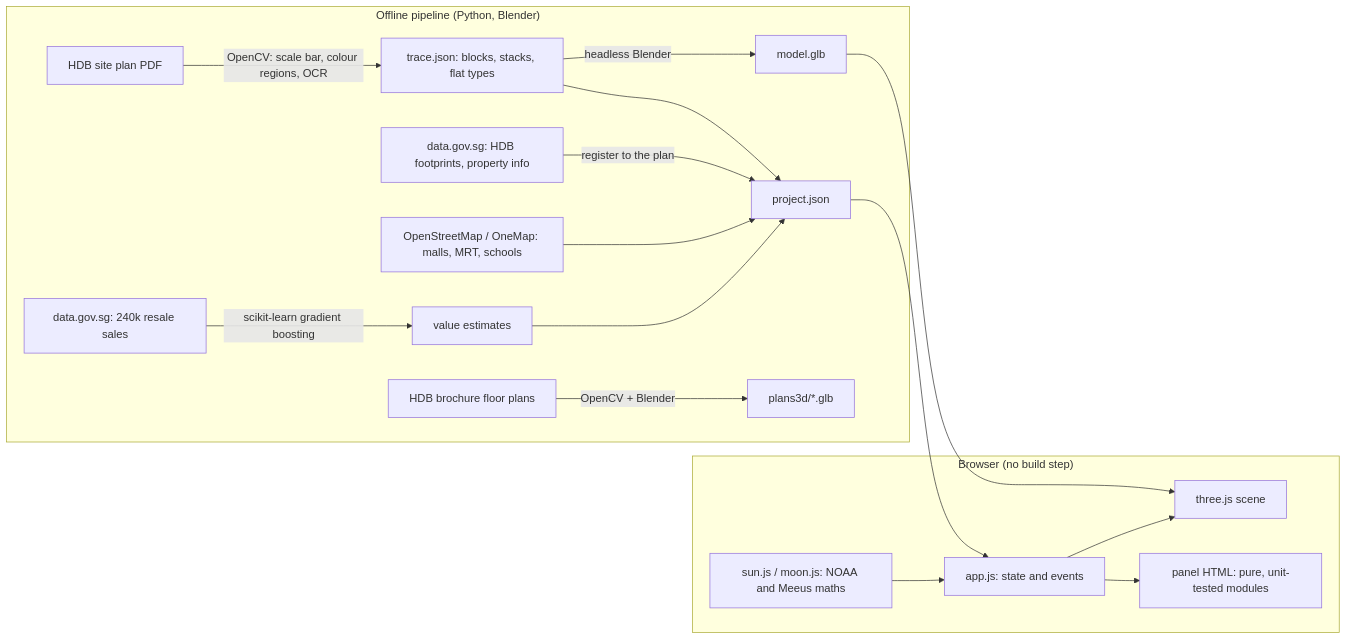
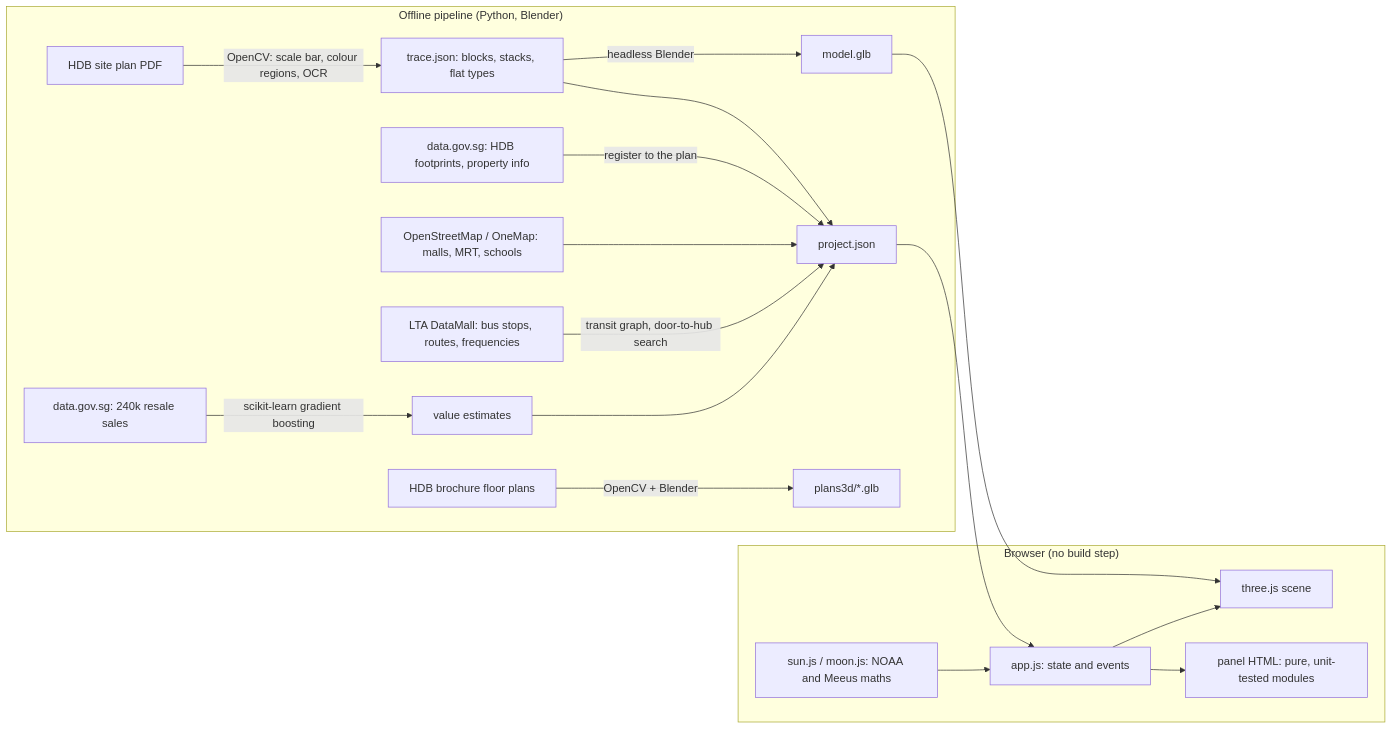
One commit to Perryong/singapore-housing-lab changed the diagram in README.md. Above: the diagram before and after it, drawn with Mermaid. The commit also changed other lines of this file and 77 other files, not shown here.

First line of the commit message:
feat: Commute tab with hub times, reach map, bus routes and MRT detail

````diff
--- a/README.md
+++ b/README.md
@@ -26,20 +26,21 @@
 ```mermaid
 flowchart LR
   subgraph Offline["Offline pipeline (Python, Blender)"]
     A[HDB site plan PDF] -->|OpenCV: scale bar, colour regions, OCR| B[trace.json: blocks, stacks, flat types]
     B --> C[project.json]
     D[data.gov.sg: HDB footprints, property info] -->|register to the plan| C
     E[OpenStreetMap / OneMap: malls, MRT, schools] --> C
+    T[LTA DataMall: bus stops, routes, frequencies] -->|transit graph, door-to-hub search| C
     B -->|headless Blender| F[model.glb]
     G[HDB brochure floor plans] -->|OpenCV + Blender| H[plans3d/*.glb]
     I[data.gov.sg: 240k resale sales] -->|scikit-learn gradient boosting| J[value estimates]
     J --> C
   end
   subgraph Browser["Browser (no build step)"]
     C --> K[app.js: state and events]
     F --> L[three.js scene]
     K --> L
     K --> M[panel HTML: pure, unit-tested modules]
     N[sun.js / moon.js: NOAA and Meeus maths] --> K
   end
 ```
````
